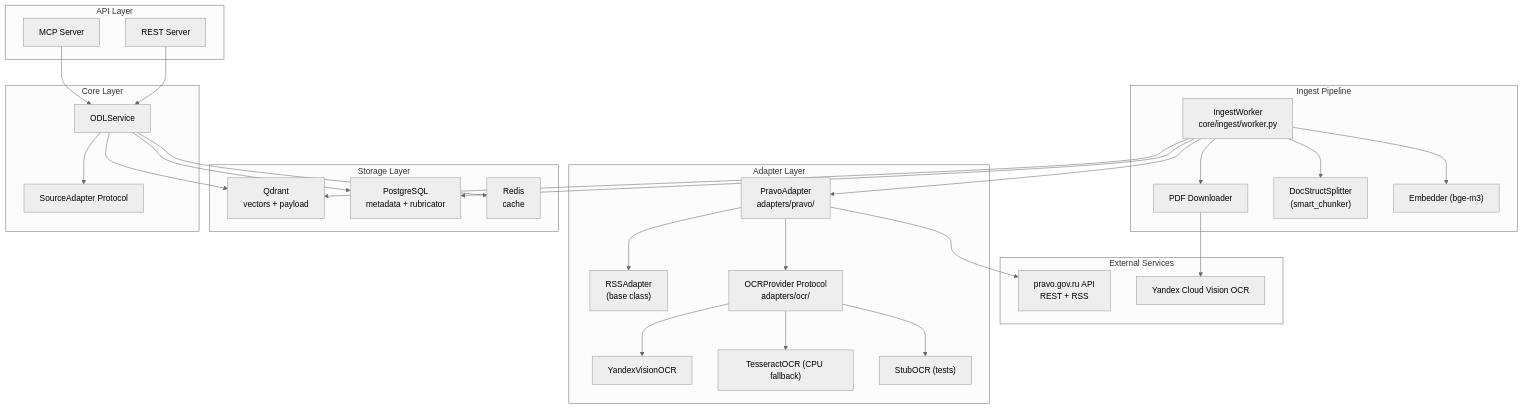
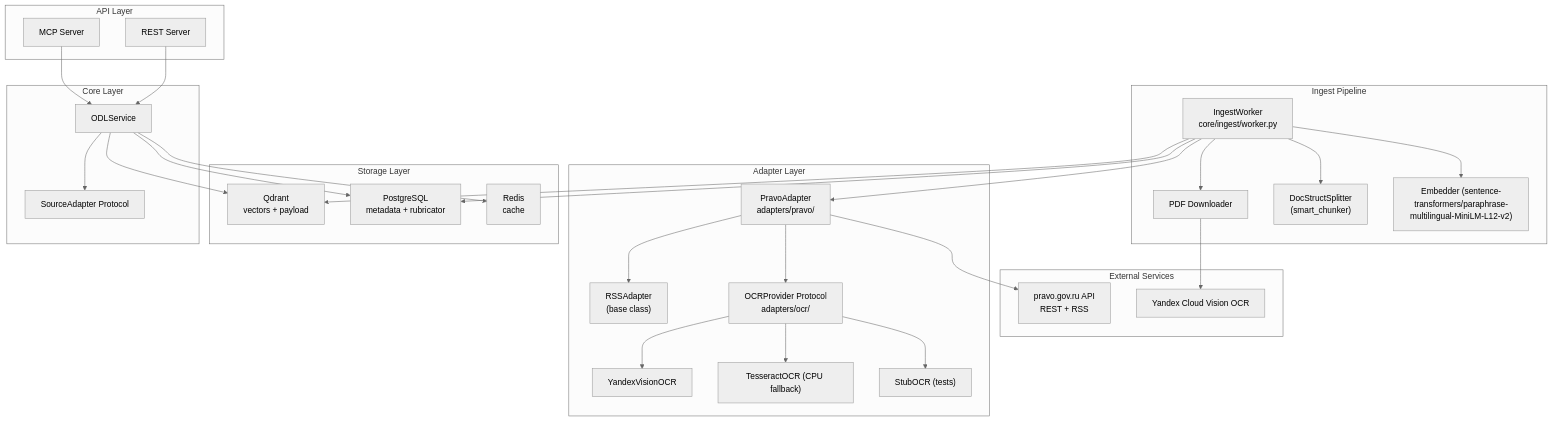
One commit to igorvolk1961/gov_data_layer changed the diagram in plans/phase6_plan.md. Above: the diagram before and after it, drawn with Mermaid (neutral theme). The commit also changed other lines of this file and 21 other files, not shown here.

````diff
--- a/plans/phase6_plan.md
+++ b/plans/phase6_plan.md
@@ -35,62 +35,62 @@
 ```mermaid
 flowchart TB
     subgraph External["External Services"]
         PravoAPI["pravo.gov.ru API<br/>REST + RSS"]
         YandexOCR["Yandex Cloud Vision OCR"]
     end
 
     subgraph Adapters["Adapter Layer"]
         PravoAdapter["PravoAdapter<br/>adapters/pravo/"]
         RSSAdapter["RSSAdapter<br/>(base class)"]
         OCRProvider["OCRProvider Protocol<br/>adapters/ocr/"]
         YandexVisionOCR["YandexVisionOCR"]
         TesseractOCR["TesseractOCR (CPU fallback)"]
         StubOCR["StubOCR (tests)"]
     end
 
     subgraph Ingest["Ingest Pipeline"]
         IngestWorker["IngestWorker<br/>core/ingest/worker.py"]
         PDFDownloader["PDF Downloader"]
         Chunker["DocStructSplitter<br/>(smart_chunker)"]
-        Embedder["Embedder (bge-m3)"]
+        Embedder["Embedder (sentence-transformers/paraphrase-multilingual-MiniLM-L12-v2)"]
     end
 
     subgraph Storage["Storage Layer"]
         Qdrant["Qdrant<br/>vectors + payload"]
         PostgreSQL["PostgreSQL<br/>metadata + rubricator"]
         Redis["Redis<br/>cache"]
     end
 
     subgraph Core["Core Layer"]
         ODLService["ODLService"]
         SourceAdapter["SourceAdapter Protocol"]
     end
 
     subgraph API["API Layer"]
         MCP["MCP Server"]
         REST["REST Server"]
     end
 
     PravoAdapter --> PravoAPI
     PravoAdapter --> RSSAdapter
     PravoAdapter --> OCRProvider
     OCRProvider --> YandexVisionOCR
     OCRProvider --> TesseractOCR
     OCRProvider --> StubOCR
 
     IngestWorker --> PravoAdapter
     IngestWorker --> PDFDownloader
     PDFDownloader --> YandexOCR
     IngestWorker --> Chunker
     IngestWorker --> Embedder
     IngestWorker --> Qdrant
     IngestWorker --> PostgreSQL
 
     ODLService --> SourceAdapter
     ODLService --> Redis
     ODLService --> Qdrant
     ODLService --> PostgreSQL
 
     MCP --> ODLService
     REST --> ODLService
 ```
````
